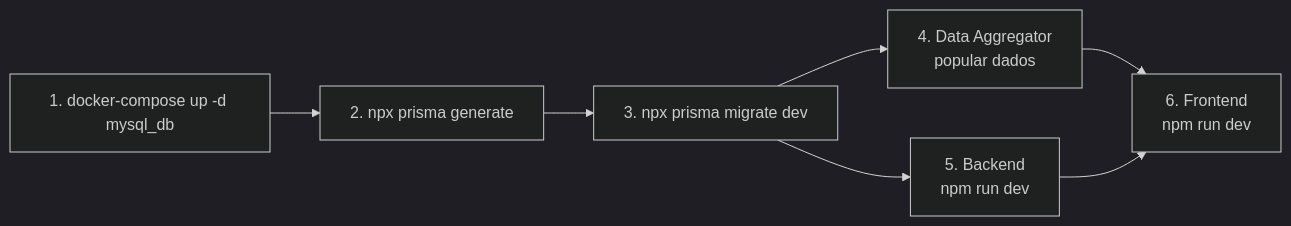
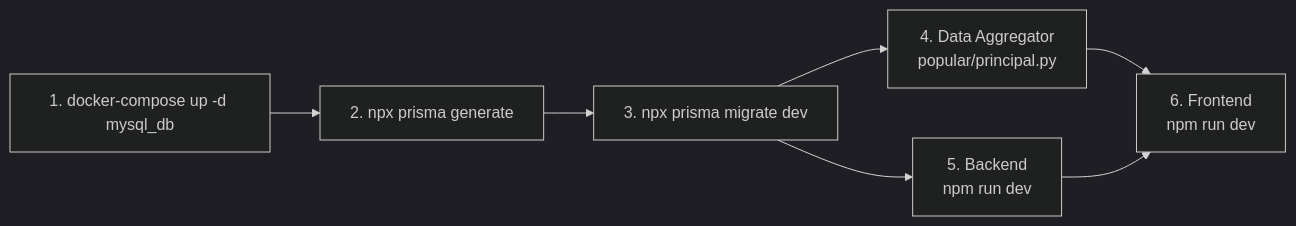
Diagram 16 of 19 in diagramas.md (Projeto-Voto-Vivo/Documentacao), drawn with Mermaid (dark theme) before and after one commit. The commit also changed other lines of this file, not shown here.

Commit message:
update diagrams

````diff
--- a/diagramas.md
+++ b/diagramas.md
@@ -368,9 +518,9 @@
 ```mermaid
 flowchart LR
     A["1. docker-compose up -d mysql_db"] --> B["2. npx prisma generate"]
     B --> C["3. npx prisma migrate dev"]
-    C --> D["4. Data Aggregator<br/>popular dados"]
+    C --> D["4. Data Aggregator<br/>popular/principal.py"]
     C --> E["5. Backend<br/>npm run dev"]
     D --> F["6. Frontend<br/>npm run dev"]
     E --> F
 ```
````
